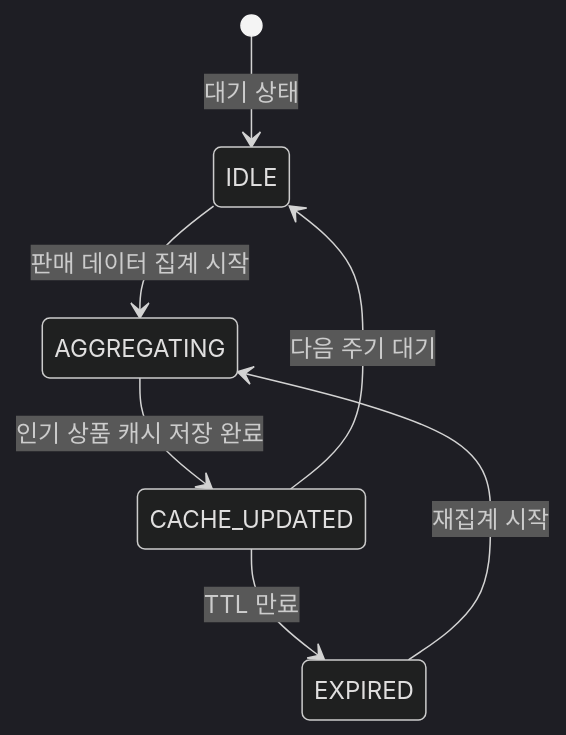
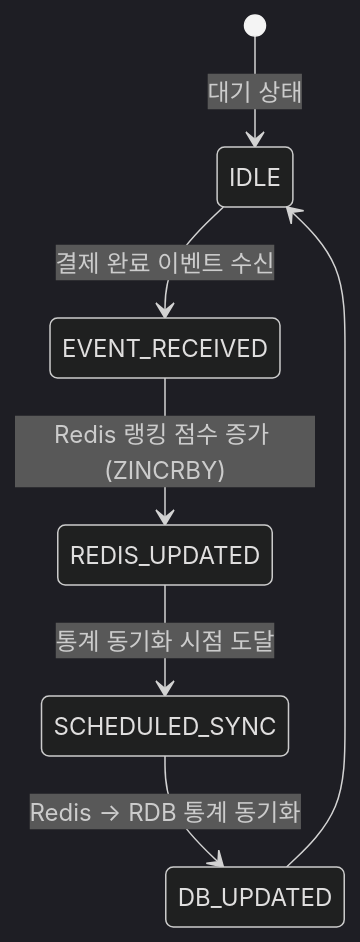
One commit to thedev-junyoung/hanghae-plus-7wd changed the diagram in docs/state-diagram/인기 상품 통계.md. Above: the diagram before and after it, drawn with Mermaid (dark theme). The commit also changed 34 other files, not shown here.

````diff
--- a/docs/state-diagram/인기 상품 통계.md
+++ b/docs/state-diagram/인기 상품 통계.md
@@ -5,9 +5,9 @@
 ```mermaid
 stateDiagram-v2
     [*] --> IDLE: 대기 상태
-    IDLE --> AGGREGATING: 판매 데이터 집계 시작
-    AGGREGATING --> CACHE_UPDATED: 인기 상품 캐시 저장 완료
-    CACHE_UPDATED --> IDLE: 다음 주기 대기
-    CACHE_UPDATED --> EXPIRED: TTL 만료
-    EXPIRED --> AGGREGATING: 재집계 시작
+    IDLE --> EVENT_RECEIVED: 결제 완료 이벤트 수신
+    EVENT_RECEIVED --> REDIS_UPDATED: Redis 랭킹 점수 증가 (ZINCRBY)
+    REDIS_UPDATED --> SCHEDULED_SYNC: 통계 동기화 시점 도달
+    SCHEDULED_SYNC --> DB_UPDATED: Redis → RDB 통계 동기화
+    DB_UPDATED --> IDLE
 ```
````
